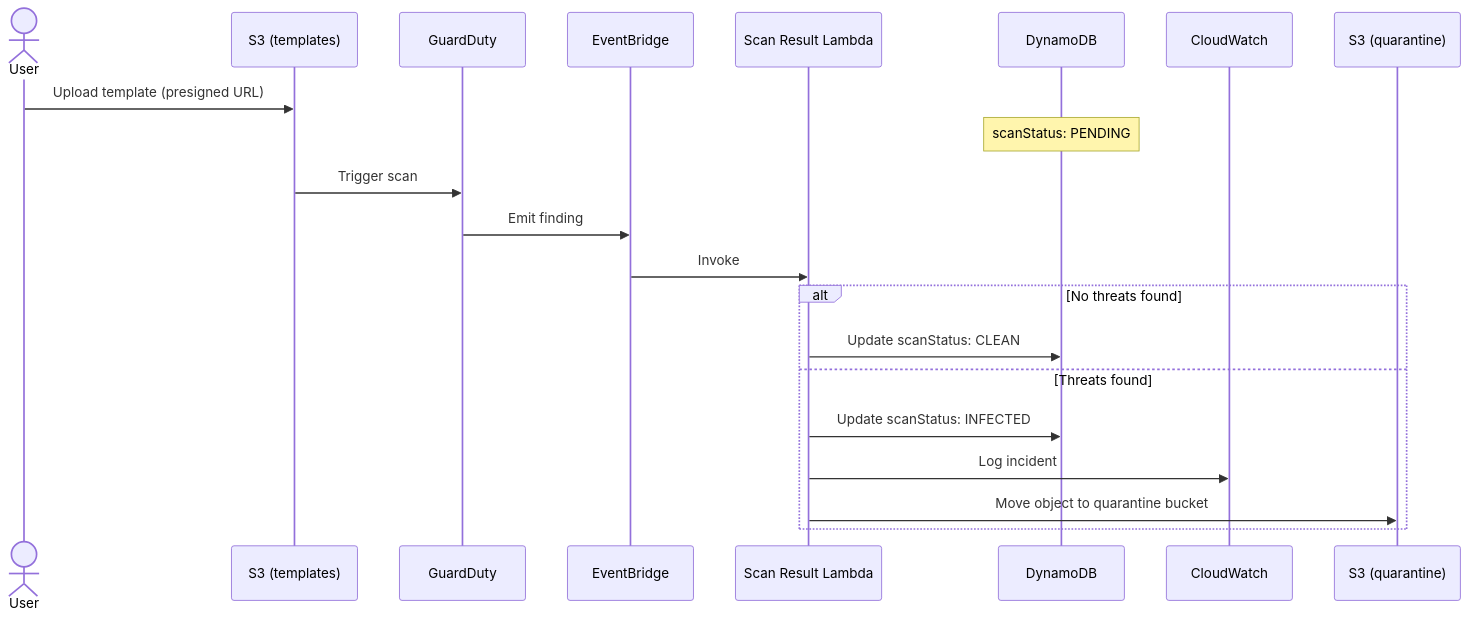
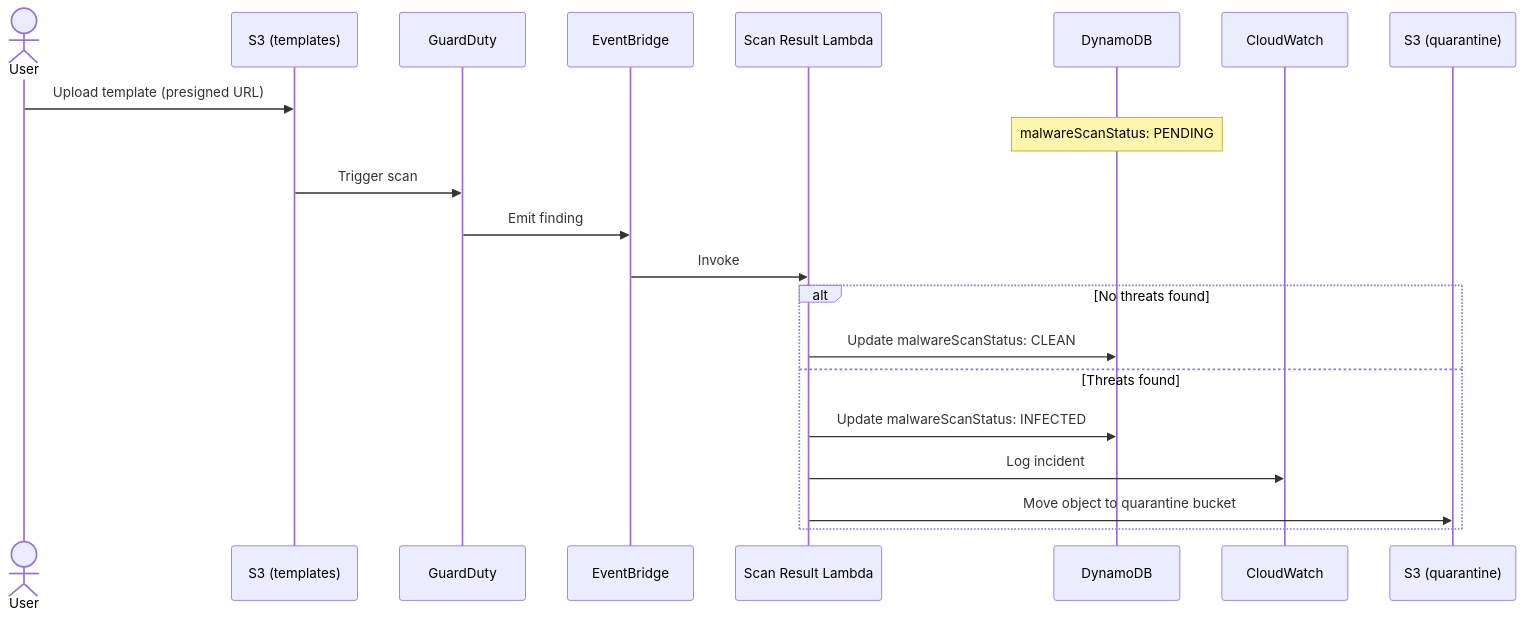
One commit to mareksnincak/pdf-generator-api changed the diagram in docs/architecture-decision-records/007-guardduty-malware-scan.md. Above: the diagram before and after it, drawn with Mermaid. The commit also changed 24 other files, not shown here.

````diff
--- a/docs/architecture-decision-records/007-guardduty-malware-scan.md
+++ b/docs/architecture-decision-records/007-guardduty-malware-scan.md
@@ -17,25 +17,25 @@
 ```mermaid
 sequenceDiagram
     actor User
     participant S3 as S3 (templates)
     participant GD as GuardDuty
     participant EB as EventBridge
     participant Lambda as Scan Result Lambda
     participant DB as DynamoDB
     participant CW as CloudWatch
     participant QS3 as S3 (quarantine)
 
     User->>S3: Upload template (presigned URL)
-    Note over DB: scanStatus: PENDING
+    Note over DB: malwareScanStatus: PENDING
     S3->>GD: Trigger scan
     GD->>EB: Emit finding
     EB->>Lambda: Invoke
 
     alt No threats found
-        Lambda->>DB: Update scanStatus: CLEAN
+        Lambda->>DB: Update malwareScanStatus: CLEAN
     else Threats found
-        Lambda->>DB: Update scanStatus: INFECTED
+        Lambda->>DB: Update malwareScanStatus: INFECTED
         Lambda->>CW: Log incident
         Lambda->>QS3: Move object to quarantine bucket
     end
 ```
````
